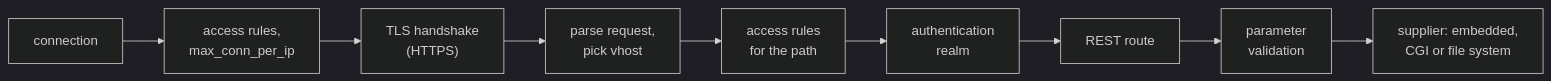
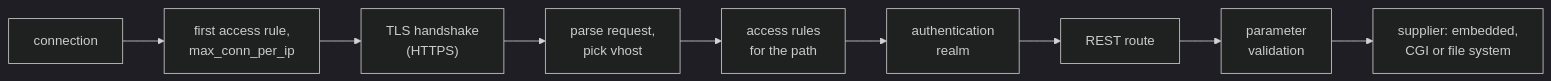
Before and after one commit to DanielTillett/klin: the third of 3 diagrams in README.md, drawn with Mermaid (dark theme). The commit also changed other lines of this file and 25 other files, not shown here.

````diff
--- a/README.md
+++ b/README.md
@@ -170,11 +165,11 @@
 ```mermaid
 flowchart LR
-  conn["connection"] --> early["access rules,<br/>max_conn_per_ip"]
+  conn["connection"] --> early["first access rule,<br/>max_conn_per_ip"]
   early --> tls["TLS handshake<br/>(HTTPS)"]
   tls --> parse["parse request,<br/>pick vhost"]
   parse --> acl["access rules<br/>for the path"]
   acl --> auth["authentication<br/>realm"]
   auth --> route["REST route"]
   route --> val["parameter<br/>validation"]
   val --> sup["supplier: embedded,<br/>CGI or file system"]
 ```
````
